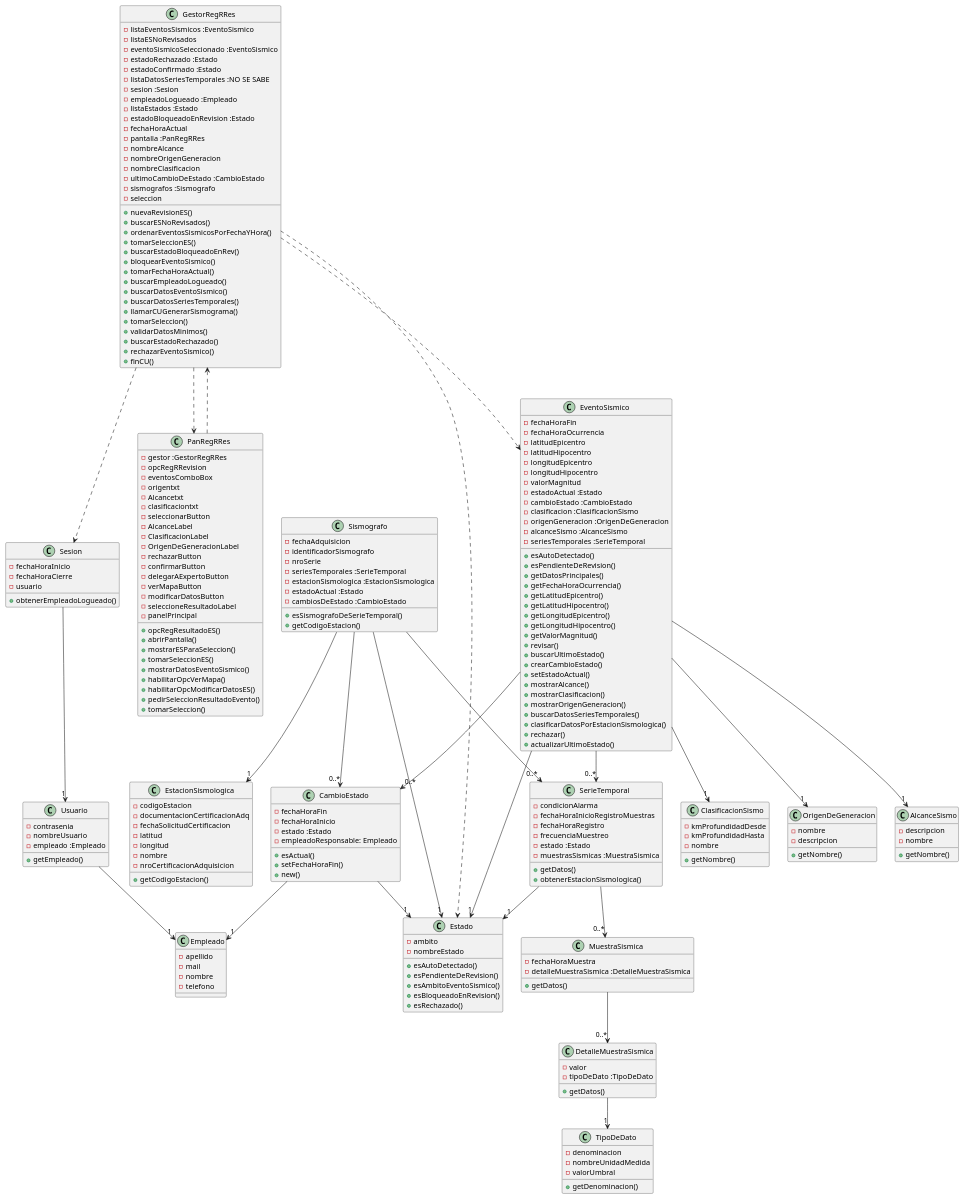
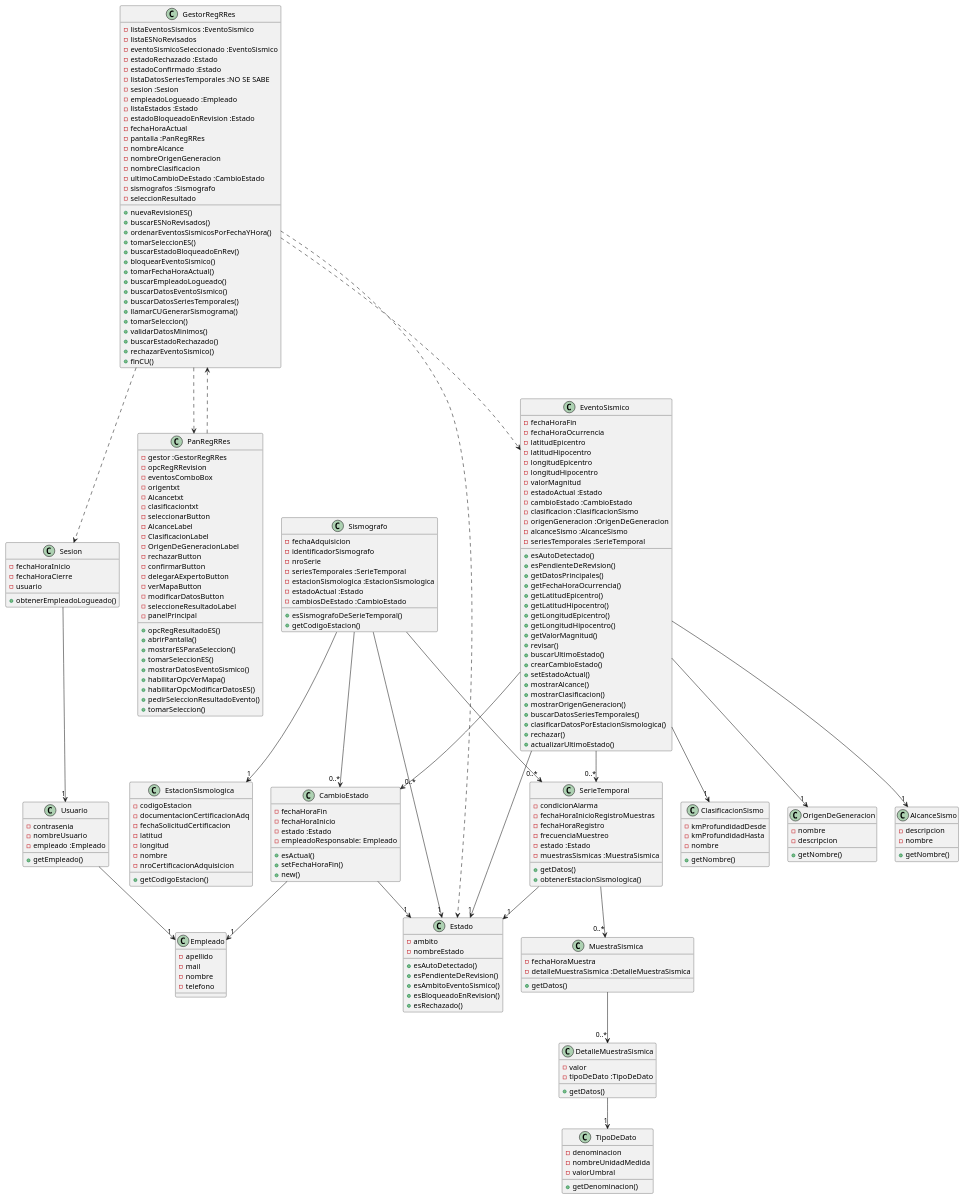
One commit to santiwg/TPI-DS2025-G1 changed the diagram in diagrama-vista-estatica.wsd. Above: the diagram before and after it, drawn with PlantUML.

Commit message:
Cambio nombre seleccion por seleccionResultado

```diff
--- a/diagrama-vista-estatica.wsd
+++ b/diagrama-vista-estatica.wsd
@@ -18,7 +18,7 @@
     -nombreClasificacion
     -ultimoCambioDeEstado :CambioEstado
     -sismografos :Sismografo
-    -seleccion
+    -seleccionResultado
 
     +nuevaRevisionES()
     +buscarESNoRevisados()
```
